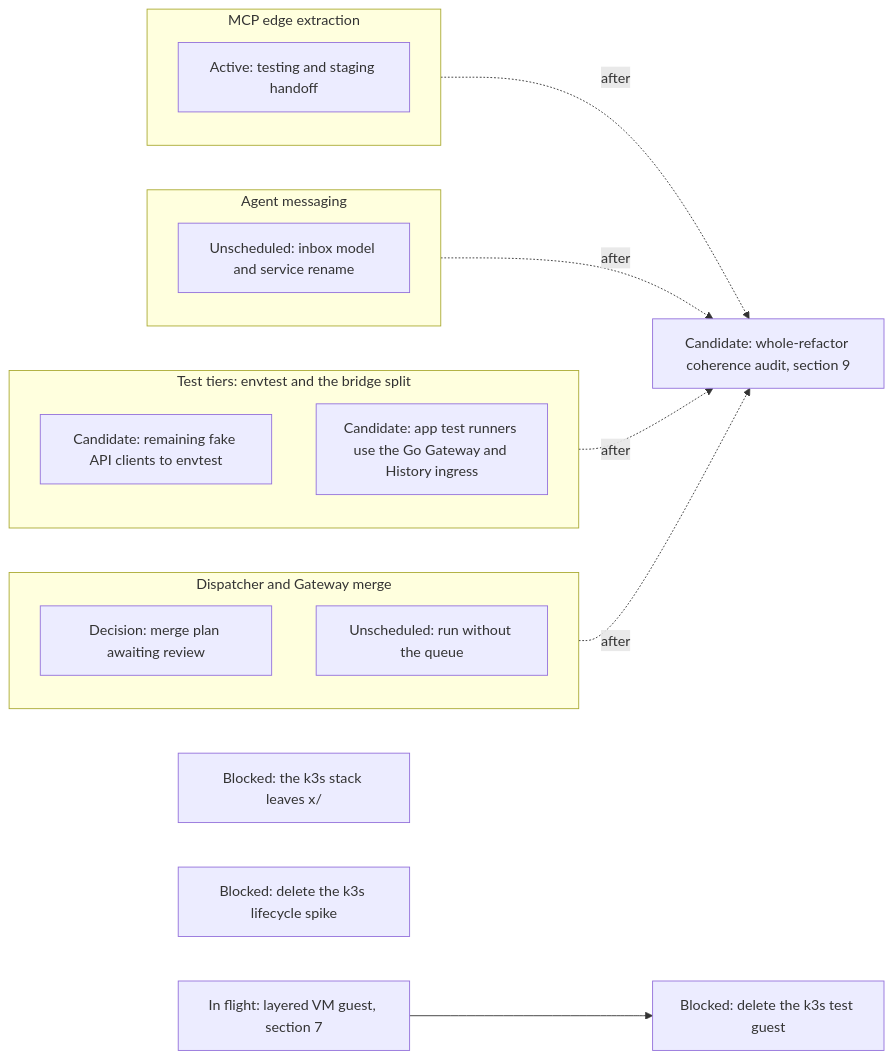
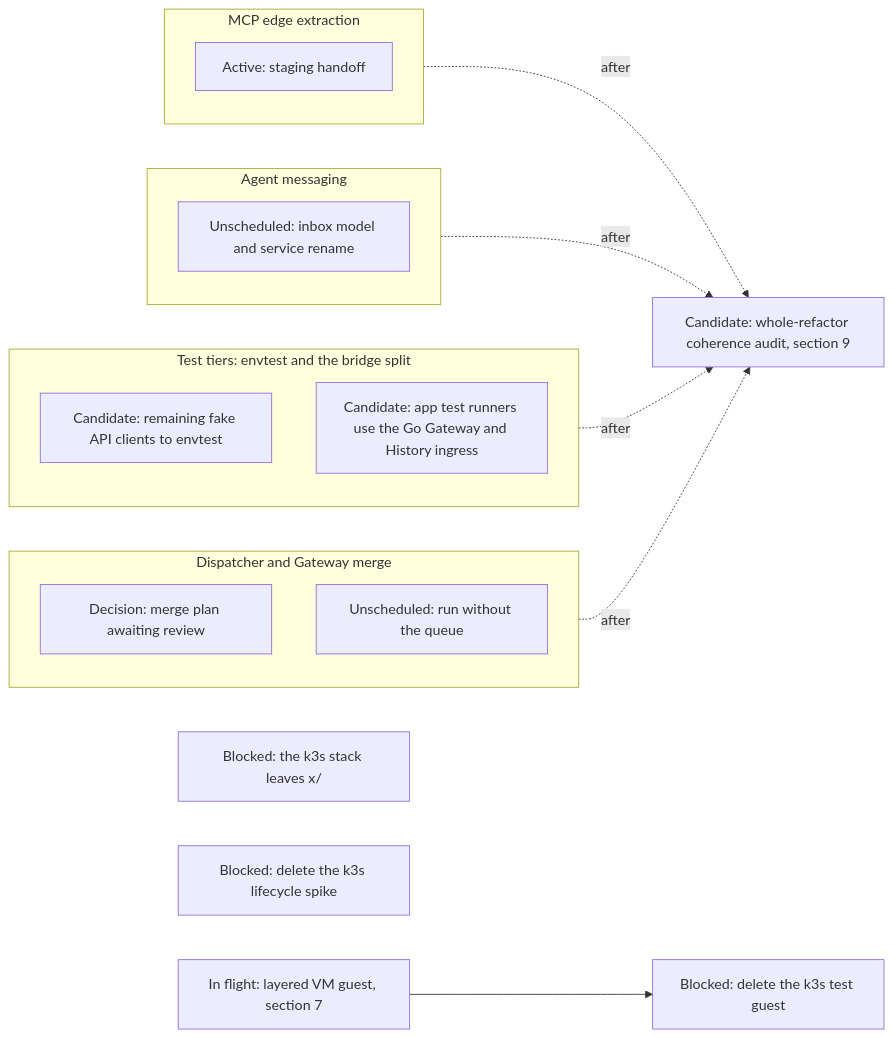
Before and after one commit to agentydragon-agent/ducktape: the first of 18 diagrams in agentplane/plans/task_dag.md, drawn with Mermaid. The commit also changed other lines of this file and 1 other file, not shown here.

First line of the commit message:
agentplane: the MCP edge hands off on staging without a testing rehearsal

````diff
--- a/agentplane/plans/task_dag.md
+++ b/agentplane/plans/task_dag.md
@@ -29,24 +29,24 @@
 ```mermaid
 flowchart LR
     subgraph ACTION_TRACK[MCP edge extraction]
-        ACTION_MCP_EDGE_SPLIT[Active: testing and staging handoff]
+        ACTION_MCP_EDGE_SPLIT[Active: staging handoff]
     end
     subgraph MESSAGING_TRACK[Agent messaging]
         NOTIFICATION_SERVICE_SPLIT[Unscheduled: inbox model and service rename]
     end
     subgraph TIER_TRACK[Test tiers: envtest and the bridge split]
         FAKE_CLIENTS_TO_ENVTEST[Candidate: remaining fake API clients to envtest]
         APP_TEST_RUNNER_FIXTURES_GO[Candidate: app test runners use the Go Gateway and History ingress]
     end
     subgraph DISPATCH_TRACK[Dispatcher and Gateway merge]
         DISPATCHER_PERSISTENCE_MODEL_DESIGN[Decision: merge plan awaiting review]
         DISPATCHER_QUEUE_OPTIONAL[Unscheduled: run without the queue]
     end
     K3S_ENV_OUT_OF_X[Blocked: the k3s stack leaves x/]
     K3S_SPIKE_TARGETS_RETIRE[Blocked: delete the k3s lifecycle spike]
     RUNNER_LAYERING_VM[In flight: layered VM guest, section 7] --> K3S_TEST_GUEST_RETIRE[Blocked: delete the k3s test guest]
     ACTION_TRACK -. after .-> REFACTOR_COHERENCE_AUDIT[Candidate: whole-refactor coherence audit, section 9]
     MESSAGING_TRACK -. after .-> REFACTOR_COHERENCE_AUDIT
     TIER_TRACK -. after .-> REFACTOR_COHERENCE_AUDIT
     DISPATCH_TRACK -. after .-> REFACTOR_COHERENCE_AUDIT
 ```
````
